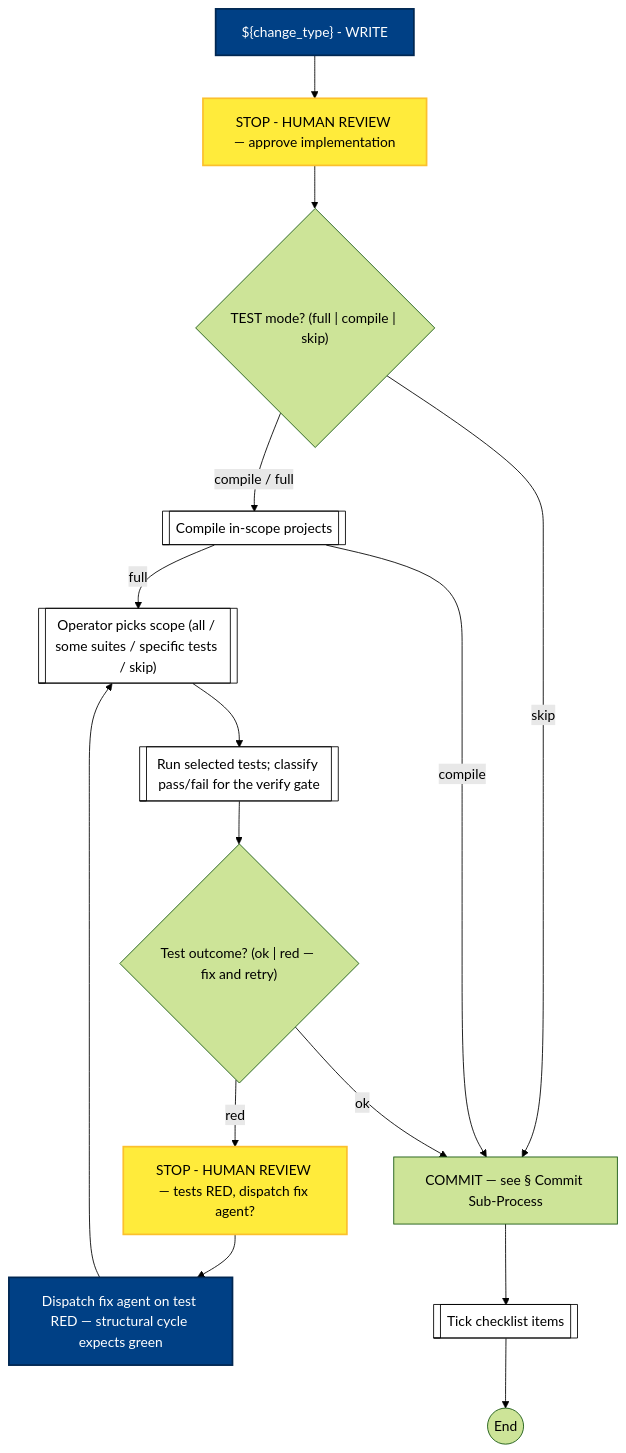
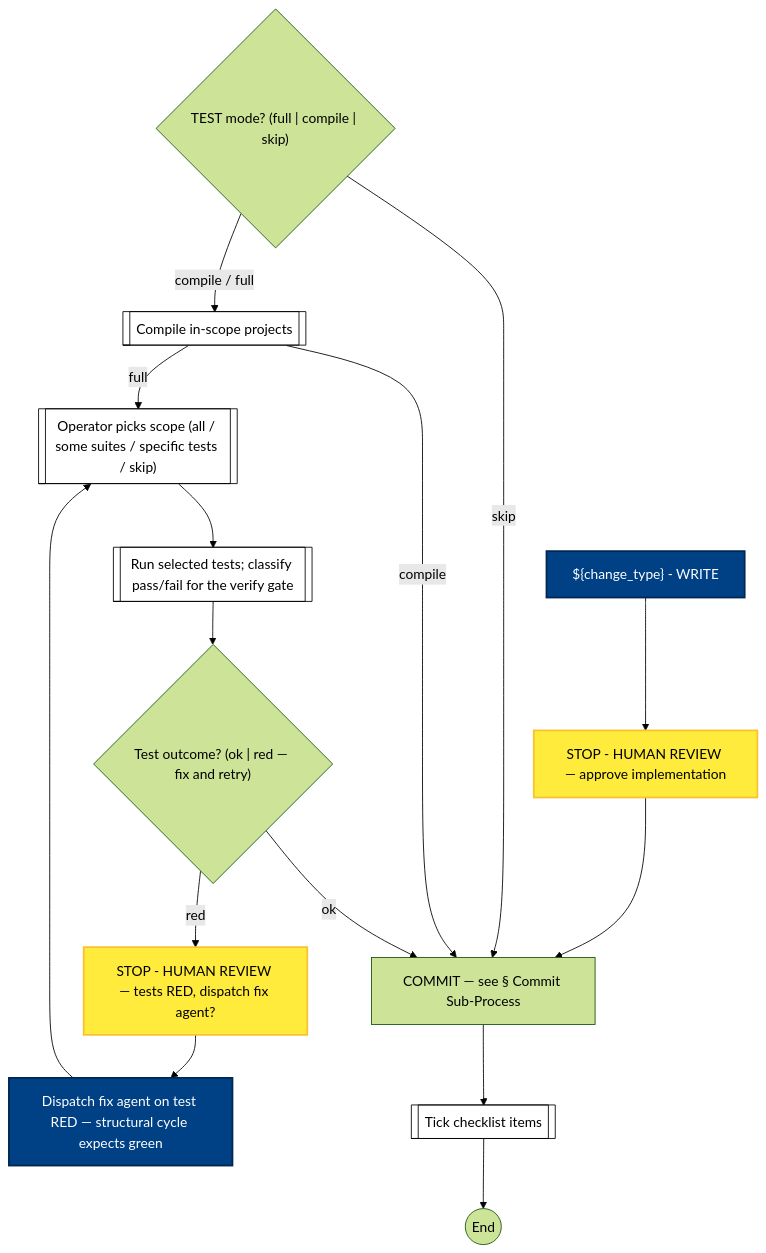
Before and after one commit to optivem/gh-optivem: the tenth of 16 diagrams in docs/process-diagram.md, drawn with Mermaid (forest theme). The commit also changed 6 other files, not shown here.

````diff
--- a/docs/process-diagram.md
+++ b/docs/process-diagram.md
@@ -269,39 +269,39 @@
 ```mermaid
 flowchart TD
     APPROVE_CHANGE[STOP - HUMAN REVIEW — approve implementation]
     CHOOSE_TESTS[["Operator picks scope (all / some suites / specific tests / skip)"]]
     COMMIT[COMMIT — see § Commit Sub-Process]
     COMPILE[[Compile in-scope projects]]
     FIX_STRUCT_VERIFY[Dispatch fix agent on test RED — structural cycle expects green]
     GATE_STRUCT_VERIFY{"Test outcome? (ok | red — fix and retry)"}
     GATE_TEST_MODE{"TEST mode? (full | compile | skip)"}
     RUN_TESTS[["Run selected tests; classify pass/fail for the verify gate"]]
     STOP_STRUCT_VERIFY_REVIEW[STOP - HUMAN REVIEW — tests RED, dispatch fix agent?]
     STRUCT_END((End))
     TICK_CHECKLIST[[Tick checklist items]]
     WRITE["${change_type} - WRITE"]
 
     WRITE --> APPROVE_CHANGE
-    APPROVE_CHANGE --> GATE_TEST_MODE
+    APPROVE_CHANGE --> COMMIT
     GATE_TEST_MODE -- skip --> COMMIT
     GATE_TEST_MODE -- compile / full --> COMPILE
     COMPILE -- full --> CHOOSE_TESTS
     COMPILE -- compile --> COMMIT
     CHOOSE_TESTS --> RUN_TESTS
     RUN_TESTS --> GATE_STRUCT_VERIFY
     GATE_STRUCT_VERIFY -- ok --> COMMIT
     GATE_STRUCT_VERIFY -- red --> STOP_STRUCT_VERIFY_REVIEW
     STOP_STRUCT_VERIFY_REVIEW --> FIX_STRUCT_VERIFY
     FIX_STRUCT_VERIFY --> CHOOSE_TESTS
     COMMIT --> TICK_CHECKLIST
     TICK_CHECKLIST --> STRUCT_END
 
     classDef serviceNode fill:#ffffff,stroke:#000000,stroke-width:1px,color:#000000
     class CHOOSE_TESTS,COMPILE,RUN_TESTS,TICK_CHECKLIST serviceNode
 
     classDef agentNode fill:#004085,stroke:#002752,stroke-width:2px,color:#ffffff
     class FIX_STRUCT_VERIFY,WRITE agentNode
 
     classDef humanNode fill:#ffeb3b,stroke:#fbc02d,stroke-width:2px,color:#000000
     class APPROVE_CHANGE,STOP_STRUCT_VERIFY_REVIEW humanNode
 ```
````
